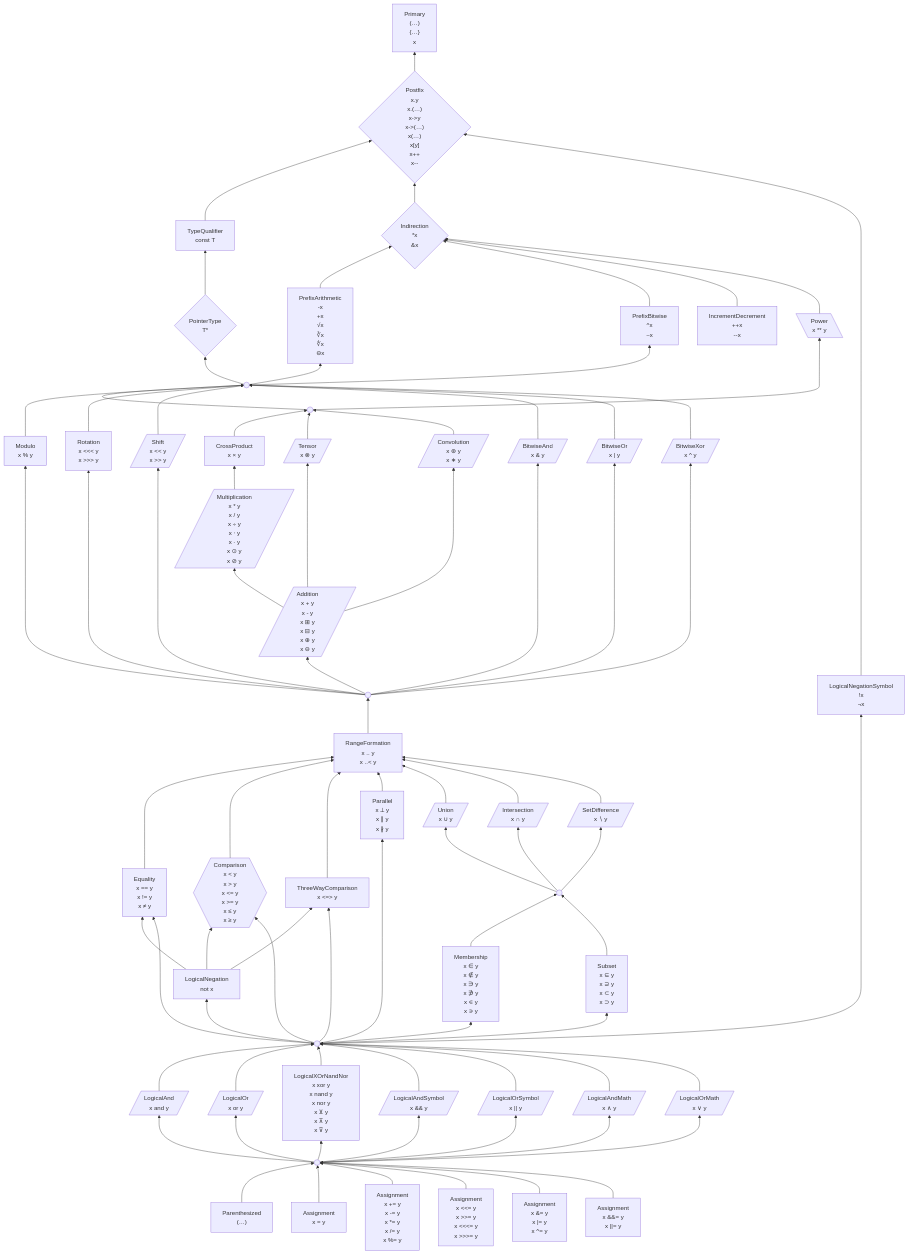
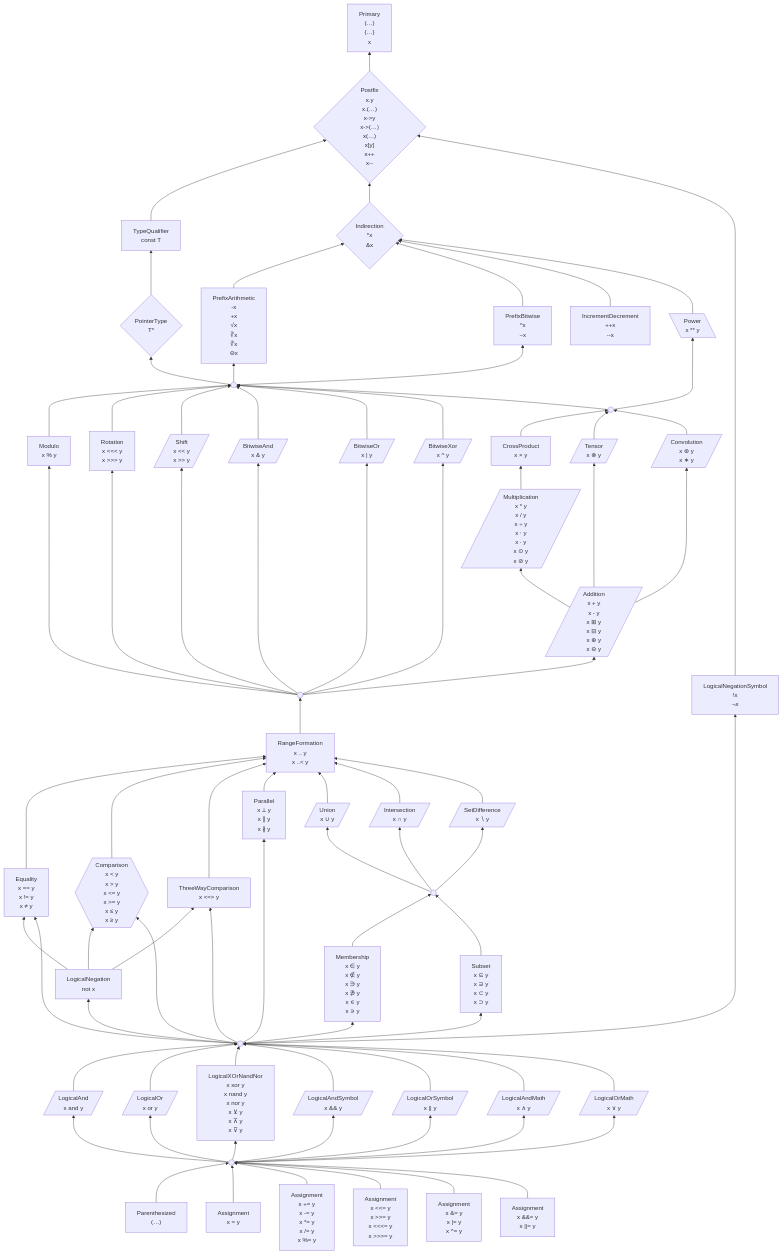
The first of 2 diagrams in 6 .../2 Unfinished Ideas.md (laro/Cilia), drawn with Mermaid before and after one commit.

```diff
--- a/6 .../2 Unfinished Ideas.md
+++ b/6 .../2 Unfinished Ideas.md
@@ -240,6 +240,22 @@
     unary((" "))
 
 
+    modulo & rotate & shift & bitwiseAnd & bitwiseOr & bitwiseXor ---> unary
+    modulo["Modulo
+x % y"]
+    rotate["Rotation
+x <<< y
+x >>> y"]
+    shift[/"Shift
+x << y
+x >> y"/]
+    bitwiseAnd[/"BitwiseAnd
+x & y"/]
+    bitwiseOr[/"BitwiseOr
+x | y"/]
+    bitwiseXor[/"BitwiseXor
+x ^ y"/]
+
     %% No edge to prefixArithmetic/complement: `-x ** 2` requires parentheses
     power --> pointer
     power[\"Power
@@ -280,23 +296,7 @@
 x ⊕ y
 x ⊖ y"/]
 
-    modulo & rotate & shift & bitwiseAnd & bitwiseOr & bitwiseXor ---> unary
-    modulo["Modulo
-x % y"]
-    rotate["Rotation
-x <<< y
-x >>> y"]
-    shift[/"Shift
-x << y
-x >> y"/]
-    bitwiseAnd[/"BitwiseAnd
-x & y"/]
-    bitwiseOr[/"BitwiseOr
-x | y"/]
-    bitwiseXor[/"BitwiseXor
-x ^ y"/]
-
-    binaryOps --> addition & modulo & rotate & shift & bitwiseAnd & bitwiseOr & bitwiseXor
+    binaryOps --> modulo & rotate & shift & bitwiseAnd & bitwiseOr & bitwiseXor & addition
     binaryOps((" "))
 
     %% Ranges bind looser than arithmetic/bitwise, tighter than the relational operators
```
